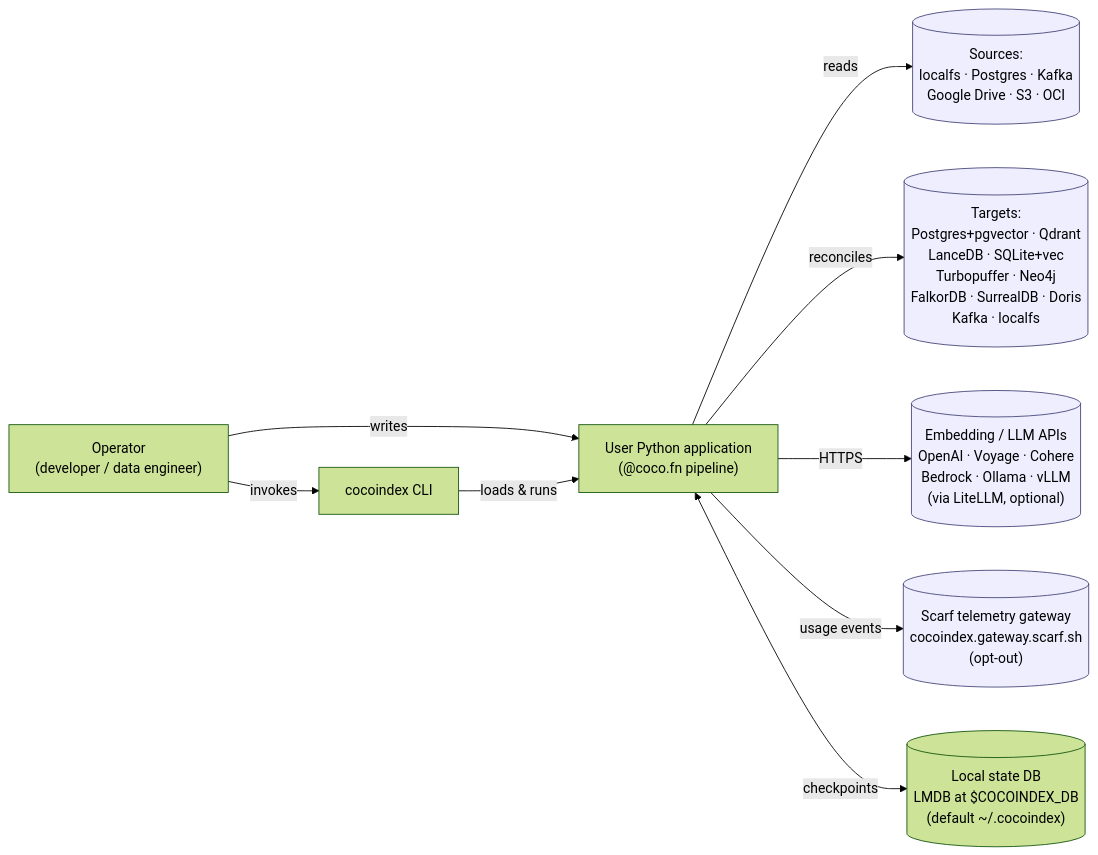
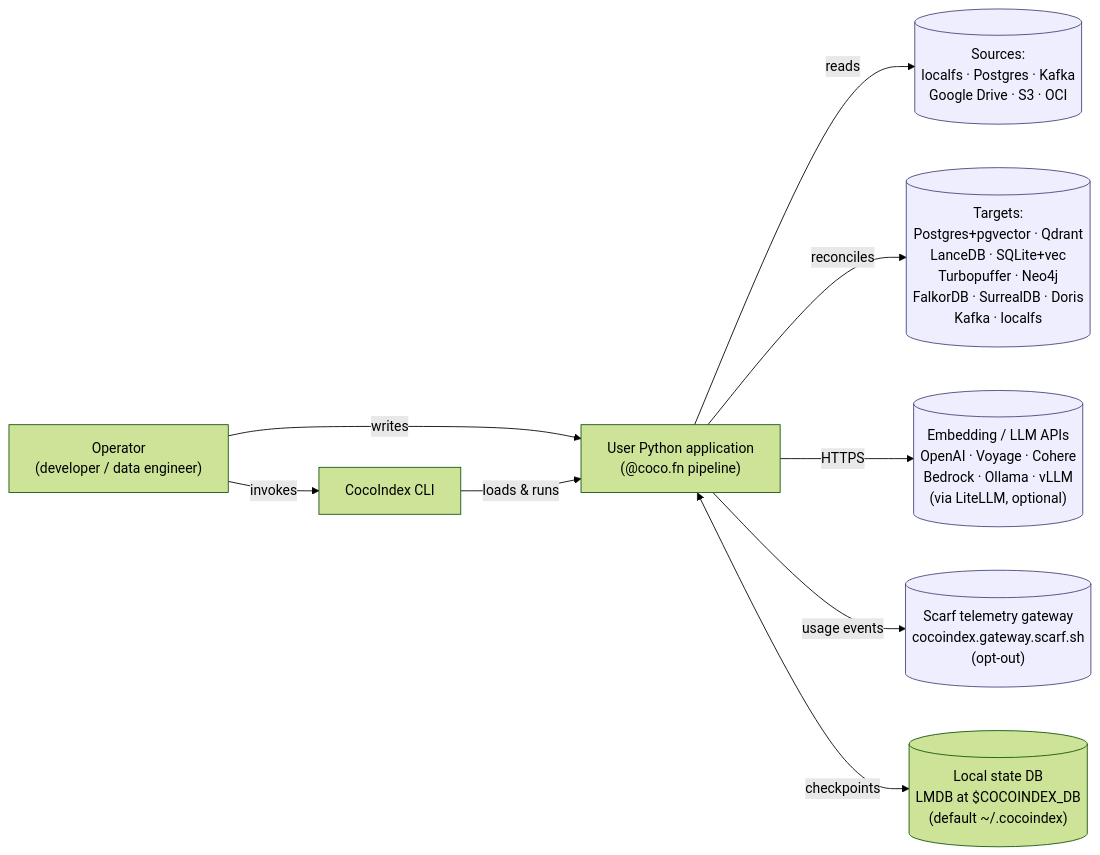
Before and after one commit to octolaba/indexit: the first of 4 diagrams in docs/cocoindex. claude-opus-4.7-high/architecture.md, drawn with Mermaid (forest theme). The commit also changed other lines of this file and 4 other files, not shown here.

Commit message:
fix: use correct project name for CocoIndex

````diff
--- a/docs/cocoindex. claude-opus-4.7-high/architecture.md
+++ b/docs/cocoindex. claude-opus-4.7-high/architecture.md
@@ -38,23 +38,23 @@
 ```mermaid
 flowchart LR
     user["Operator<br/>(developer / data engineer)"]
     pyapp["User Python application<br/>(@coco.fn pipeline)"]
-    cli["cocoindex CLI"]
+    cli["CocoIndex CLI"]
     sources[("Sources:<br/>localfs · Postgres · Kafka<br/>Google Drive · S3 · OCI")]
     targets[("Targets:<br/>Postgres+pgvector · Qdrant<br/>LanceDB · SQLite+vec<br/>Turbopuffer · Neo4j<br/>FalkorDB · SurrealDB · Doris<br/>Kafka · localfs")]
     embed[("Embedding / LLM APIs<br/>OpenAI · Voyage · Cohere<br/>Bedrock · Ollama · vLLM<br/>(via LiteLLM, optional)")]
     scarf[("Scarf telemetry gateway<br/>cocoindex.gateway.scarf.sh<br/>(opt-out)")]
     state[("Local state DB<br/>LMDB at $COCOINDEX_DB<br/>(default ~/.cocoindex)")]
 
     user -->|invokes| cli
     user -->|writes| pyapp
     cli -->|loads & runs| pyapp
     pyapp -->|reads| sources
     pyapp -->|reconciles| targets
     pyapp -->|HTTPS| embed
     pyapp -->|usage events| scarf
     pyapp <-->|checkpoints| state
 
     classDef ext fill:#eef,stroke:#447;
     class sources,targets,embed,scarf ext;
 ```
````
